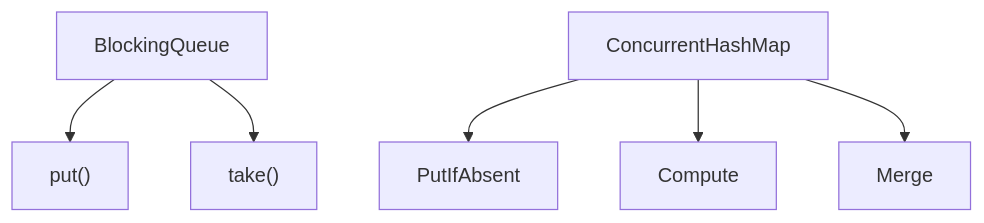
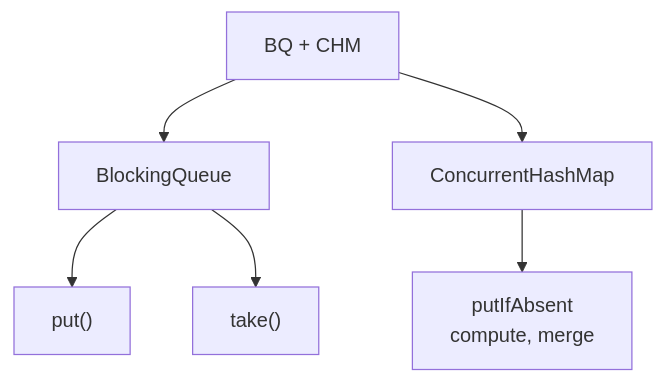
Before and after one commit to wahidyankf/ose-primer: diagram 50 of 52 in governance/conventions/formatting/diagrams.md, drawn with Mermaid. The commit also changed other lines of this file and 534 other files, not shown here.

````diff
--- a/governance/conventions/formatting/diagrams.md
+++ b/governance/conventions/formatting/diagrams.md
@@ -1802,9 +1800,8 @@
 ```mermaid
 graph TD
-    BQ[BlockingQueue] --> Put[put#40;#41;]
+    Combined[BQ + CHM] --> BQ[BlockingQueue]
+    Combined --> CHM[ConcurrentHashMap]
+    BQ --> Put[put#40;#41;]
     BQ --> Take[take#40;#41;]
-
-    CHM[ConcurrentHashMap] --> PutIfAbsent
-    CHM --> Compute
-    CHM --> Merge
+    CHM --> Ops[putIfAbsent<br/>compute, merge]
 ```
````
